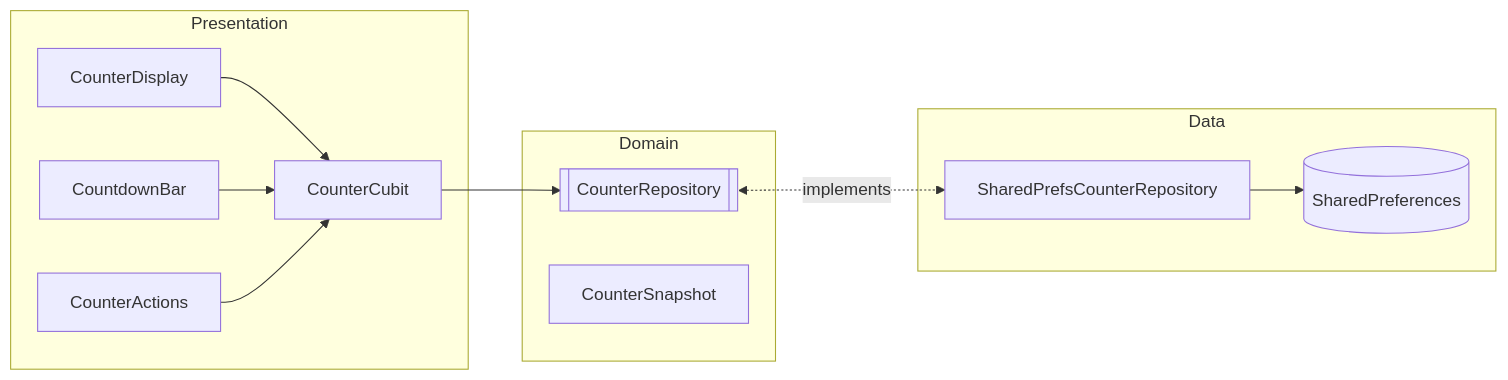
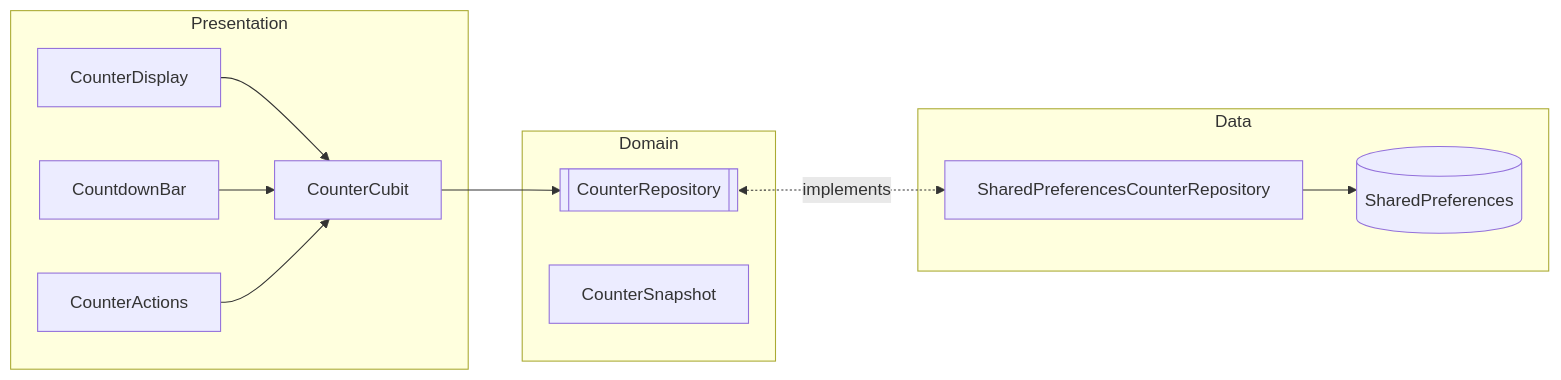
One commit to redjadet/flutter_bloc_app changed the first of 3 diagrams in README.md. Above: the diagram before and after it, drawn with Mermaid. The commit also changed other lines of this file and 10 other files, not shown here.

````diff
--- a/README.md
+++ b/README.md
@@ -34,24 +34,24 @@
 ```mermaid
 flowchart LR
   subgraph Presentation
     V1[CounterDisplay]
     V2[CountdownBar]
     V3[CounterActions]
     CUBIT[CounterCubit]
   end
   subgraph Domain
     REPOI[[CounterRepository]]
     SNAP[CounterSnapshot]
   end
   subgraph Data
-    REPO[SharedPrefsCounterRepository]
+    REPO[SharedPreferencesCounterRepository]
     SP[(SharedPreferences)]
   end
 
   V1 --> CUBIT
   V2 --> CUBIT
   V3 --> CUBIT
   CUBIT --> REPOI
   REPOI <-.implements .-> REPO
   REPO --> SP
 ```
````
